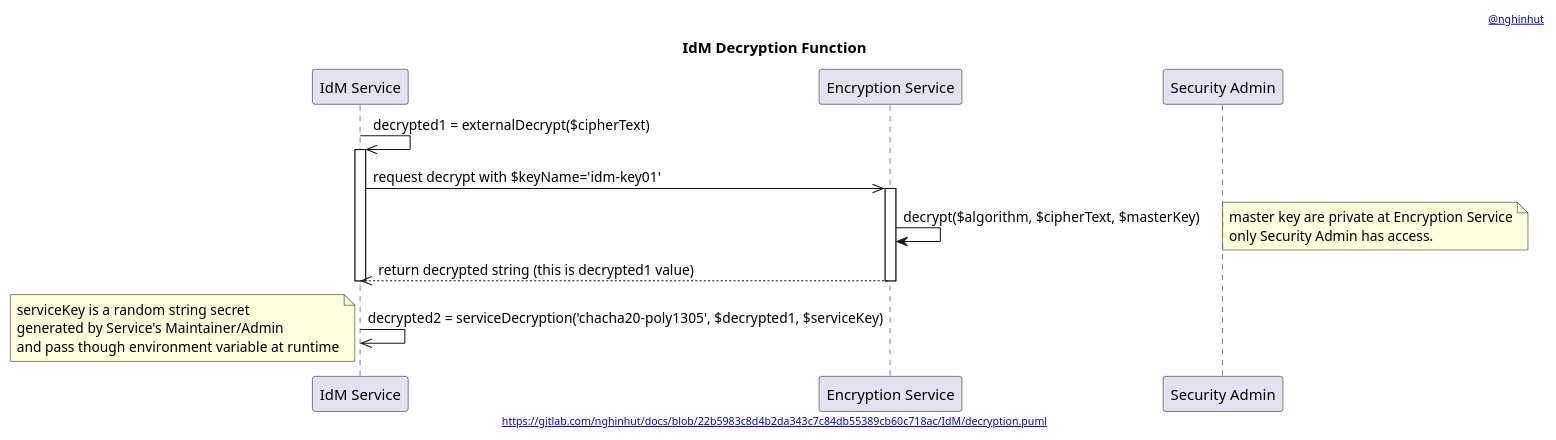
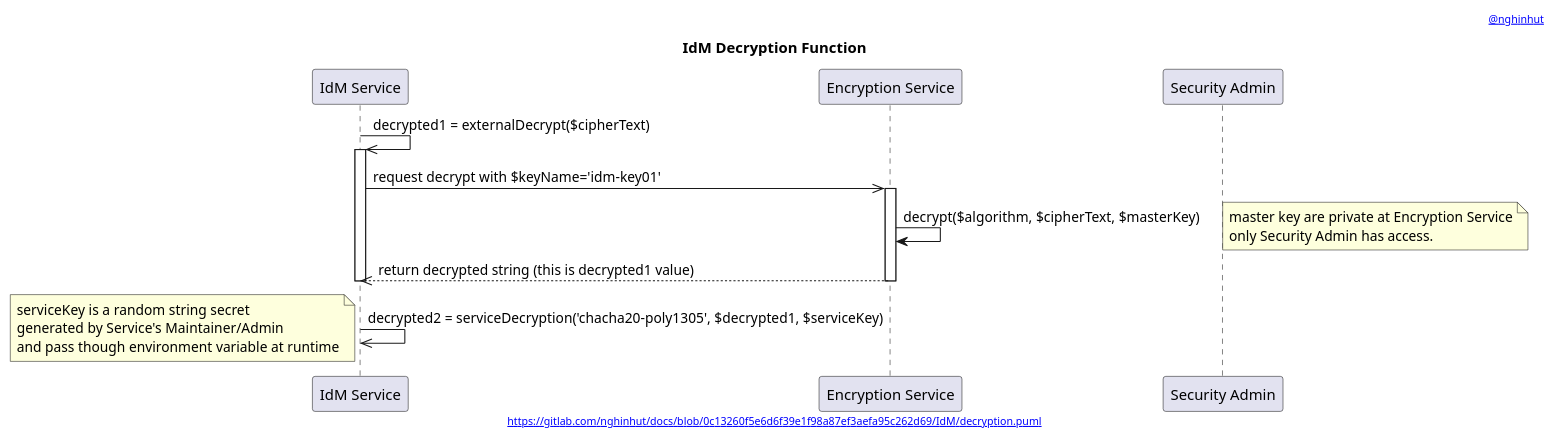
One commit to nghinhut/docs changed the diagram in IdM/decryption.function.puml. Above: the diagram before and after it, drawn with PlantUML. The commit also changed 47 other files, not shown here.

```diff
--- a/IdM/decryption.function.puml
+++ b/IdM/decryption.function.puml
@@ -1,32 +1,32 @@
 @startuml
 '-----START auto generated metadata please keep comment here to allow auto update-----
 '-----DON'T EDIT THIS SECTION, INSTEAD RE-RUN prebuild.sh TO UPDATE-----
-header [[https://www.nghinhut.dev?from=http%5C%3A%5C%2F%5C%2Fwww%5C.plantuml%5C.com%5C%2Fplantuml%5C%2Fproxy%3Ffmt%3Dsvg%5C%26src%3Dhttps%5C%3A%5C%2F%5C%2Fgitlab%5C.com%5C%2Fnghinhut%5C%2Fdocs%5C%2Fraw%5C%2F22b5983c8d4b2da343c7c84db55389cb60c718ac%5C%2FIdM%5C%2Fdecryption%5C.puml%0A @nghinhut]]
-footer [[http://www.plantuml.com/plantuml/proxy?fmt=svg&src=https://gitlab.com/nghinhut/docs/raw/22b5983c8d4b2da343c7c84db55389cb60c718ac/IdM/decryption.puml https://gitlab.com/nghinhut/docs/blob/22b5983c8d4b2da343c7c84db55389cb60c718ac/IdM/decryption.puml]]
+header [[https://www.nghinhut.dev?from=http%5C%3A%5C%2F%5C%2Fwww%5C.plantuml%5C.com%5C%2Fplantuml%5C%2Fproxy%3Ffmt%3Dsvg%5C%26src%3Dhttps%5C%3A%5C%2F%5C%2Fgitlab%5C.com%5C%2Fnghinhut%5C%2Fdocs%5C%2Fraw%5C%2F0c13260f5e6d6f39e1f98a87ef3aefa95c262d69%5C%2FIdM%5C%2Fdecryption%5C.puml%0A @nghinhut]]
+footer [[http://www.plantuml.com/plantuml/proxy?fmt=svg&src=https://gitlab.com/nghinhut/docs/raw/0c13260f5e6d6f39e1f98a87ef3aefa95c262d69/IdM/decryption.puml https://gitlab.com/nghinhut/docs/blob/0c13260f5e6d6f39e1f98a87ef3aefa95c262d69/IdM/decryption.puml]]
 '-----END auto generated metadata please keep comment here to allow auto update-----
 title IdM Decryption Function
 participant "IdM Service" as idm
 participant "Encryption Service" as es
 participant "Security Admin" as esAdmin
 
 
 idm ->> idm : decrypted1 = externalDecrypt($cipherText)
 activate idm
     idm ->> es : request decrypt with $keyName='idm-key01'
     activate es
         es -> es : decrypt($algorithm, $cipherText, $masterKey)
         note right
             master key are private at Encryption Service
             only Security Admin has access.
         end note
         idm <<-- es : return decrypted string (this is decrypted1 value)
     deactivate es
 deactivate idm
 
 idm ->> idm : decrypted2 = serviceDecryption('chacha20-poly1305', $decrypted1, $serviceKey)
 note left
     serviceKey is a random string secret
     generated by Service's Maintainer/Admin
     and pass though environment variable at runtime
 end note
 @enduml
```
